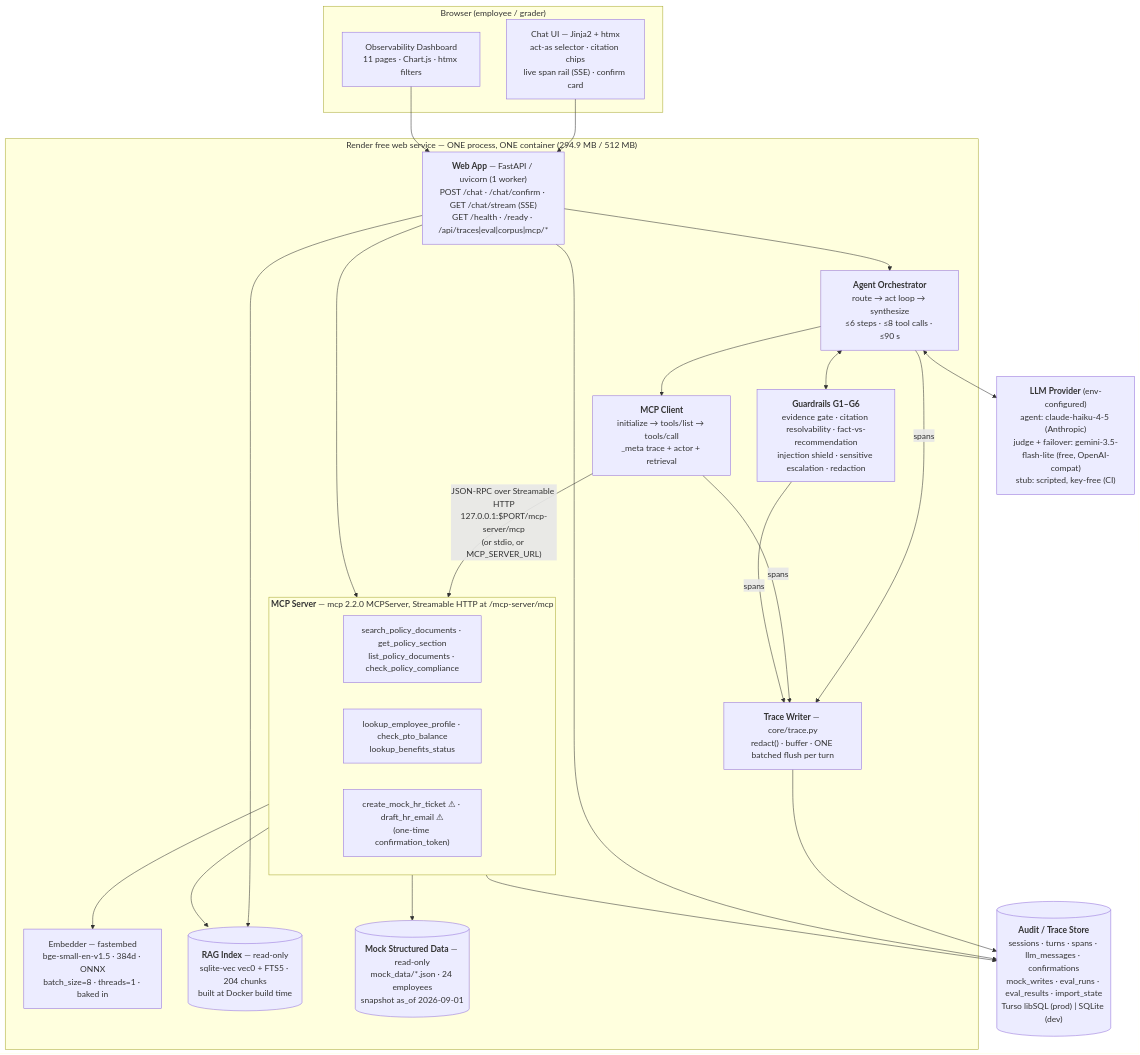
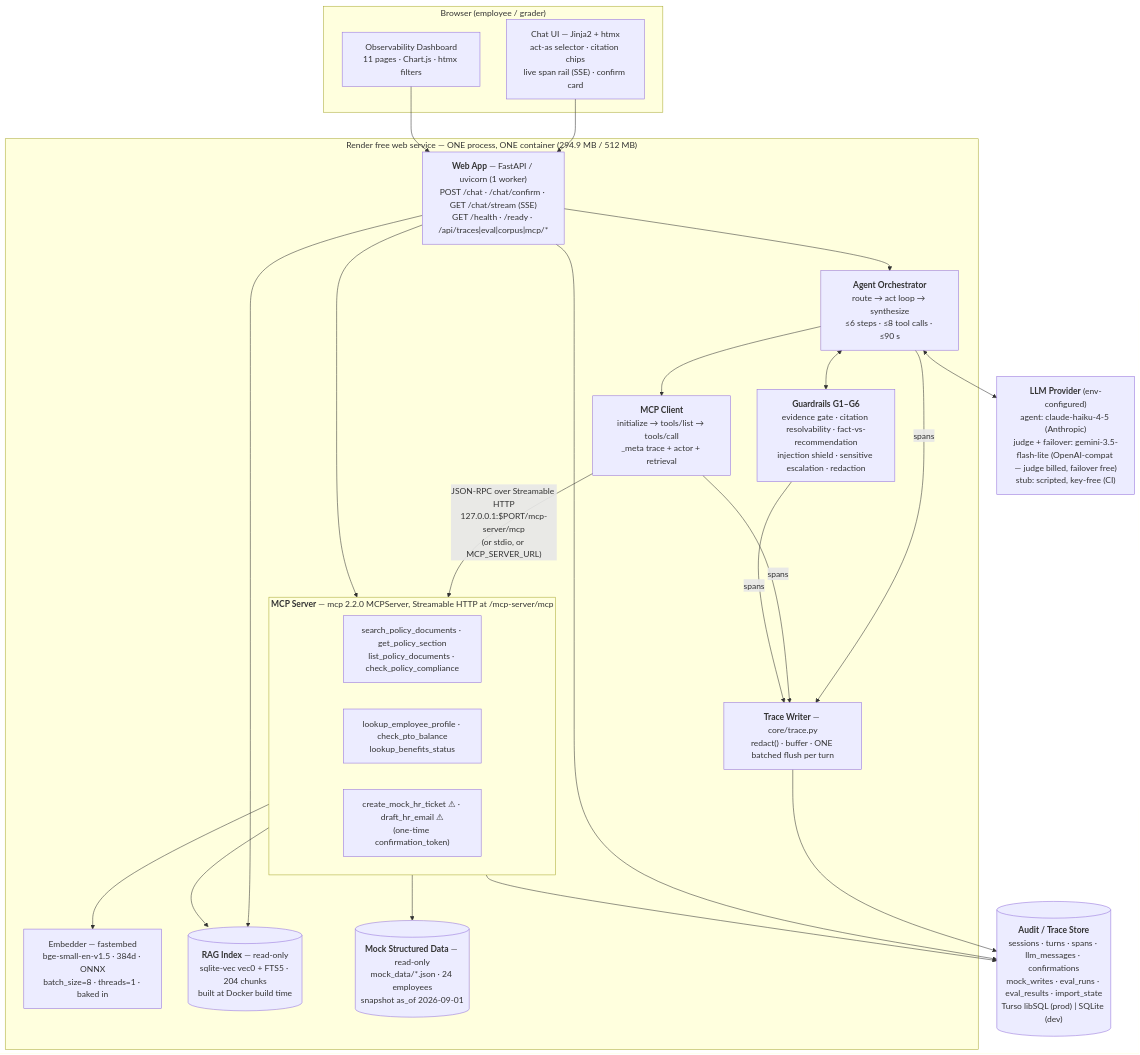
One commit to seantmalone/quantic-mosaic changed the diagram in design-and-evaluation.md. Above: the diagram before and after it, drawn with Mermaid. The commit also changed 8 other files, not shown here.

````diff
--- a/design-and-evaluation.md
+++ b/design-and-evaluation.md
@@ -34,37 +34,37 @@
 ```mermaid
 flowchart TB
     subgraph browser["Browser (employee / grader)"]
         UI["Chat UI — Jinja2 + htmx<br/>act-as selector · citation chips<br/>live span rail (SSE) · confirm card"]
         DASH["Observability Dashboard<br/>11 pages · Chart.js · htmx filters"]
     end
     subgraph render["Render free web service — ONE process, ONE container (294.9 MB / 512 MB)"]
         WEB["<b>Web App</b> — FastAPI / uvicorn (1 worker)<br/>POST /chat · /chat/confirm · GET /chat/stream (SSE)<br/>GET /health · /ready · /api/traces|eval|corpus|mcp/*"]
         ORCH["<b>Agent Orchestrator</b><br/>route → act loop → synthesize<br/>≤6 steps · ≤8 tool calls · ≤90 s"]
         GUARD["<b>Guardrails G1–G6</b><br/>evidence gate · citation resolvability · fact-vs-recommendation<br/>injection shield · sensitive escalation · redaction"]
         MCPC["<b>MCP Client</b><br/>initialize → tools/list → tools/call<br/>_meta trace + actor + retrieval"]
         subgraph mcps["<b>MCP Server</b> — mcp 2.2.0 MCPServer, Streamable HTTP at /mcp-server/mcp"]
             direction LR
             T1["search_policy_documents · get_policy_section<br/>list_policy_documents · check_policy_compliance"]
             T2["lookup_employee_profile · check_pto_balance<br/>lookup_benefits_status"]
             T3["create_mock_hr_ticket ⚠ · draft_hr_email ⚠<br/>(one-time confirmation_token)"]
         end
         EMB["Embedder — fastembed<br/>bge-small-en-v1.5 · 384d · ONNX<br/>batch_size=8 · threads=1 · baked in"]
         RAGIDX[("<b>RAG Index</b> — read-only<br/>sqlite-vec vec0 + FTS5 · 204 chunks<br/>built at Docker build time")]
         MOCK[("<b>Mock Structured Data</b> — read-only<br/>mock_data/*.json · 24 employees<br/>snapshot as_of 2026-09-01")]
         TRACE["<b>Trace Writer</b> — core/trace.py<br/>redact() · buffer · ONE batched flush per turn"]
     end
     STORE[("<b>Audit / Trace Store</b><br/>sessions · turns · spans · llm_messages · confirmations<br/>mock_writes · eval_runs · eval_results · import_state<br/>Turso libSQL (prod) | SQLite (dev)")]
-    LLM["<b>LLM Provider</b> (env-configured)<br/>agent: claude-haiku-4-5 (Anthropic)<br/>judge + failover: gemini-3.5-flash-lite (free, OpenAI-compat)<br/>stub: scripted, key-free (CI)"]
+    LLM["<b>LLM Provider</b> (env-configured)<br/>agent: claude-haiku-4-5 (Anthropic)<br/>judge + failover: gemini-3.5-flash-lite (OpenAI-compat — judge billed, failover free)<br/>stub: scripted, key-free (CI)"]
     UI & DASH --> WEB
     WEB --> ORCH
     ORCH <--> GUARD
     ORCH --> MCPC
     MCPC -- "JSON-RPC over Streamable HTTP<br/>127.0.0.1:$PORT/mcp-server/mcp<br/>(or stdio, or MCP_SERVER_URL)" --> mcps
     T1 --> RAGIDX & EMB
     T2 --> MOCK
     T3 --> STORE
     ORCH <--> LLM
     ORCH & MCPC & GUARD -- spans --> TRACE
     TRACE --> STORE
     WEB --> STORE & mcps & RAGIDX
 ```
````
